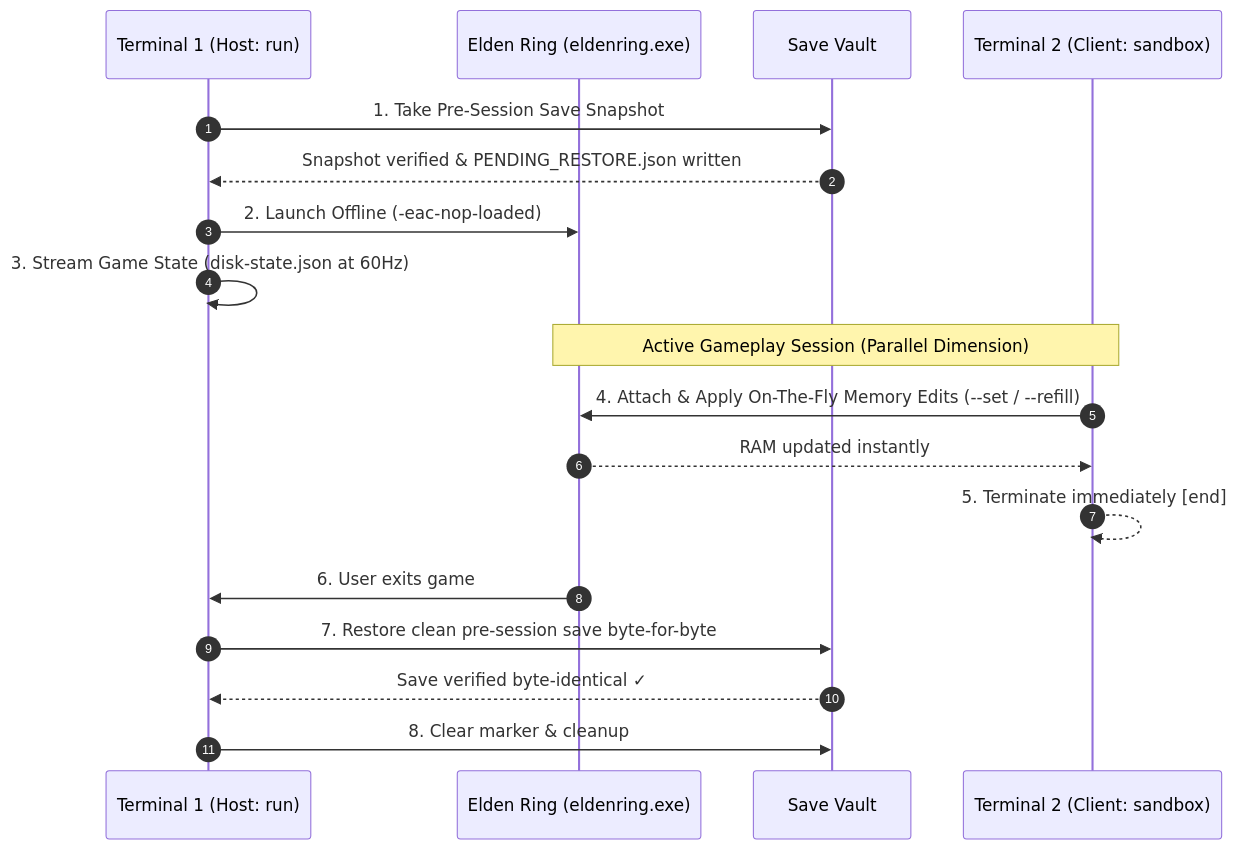
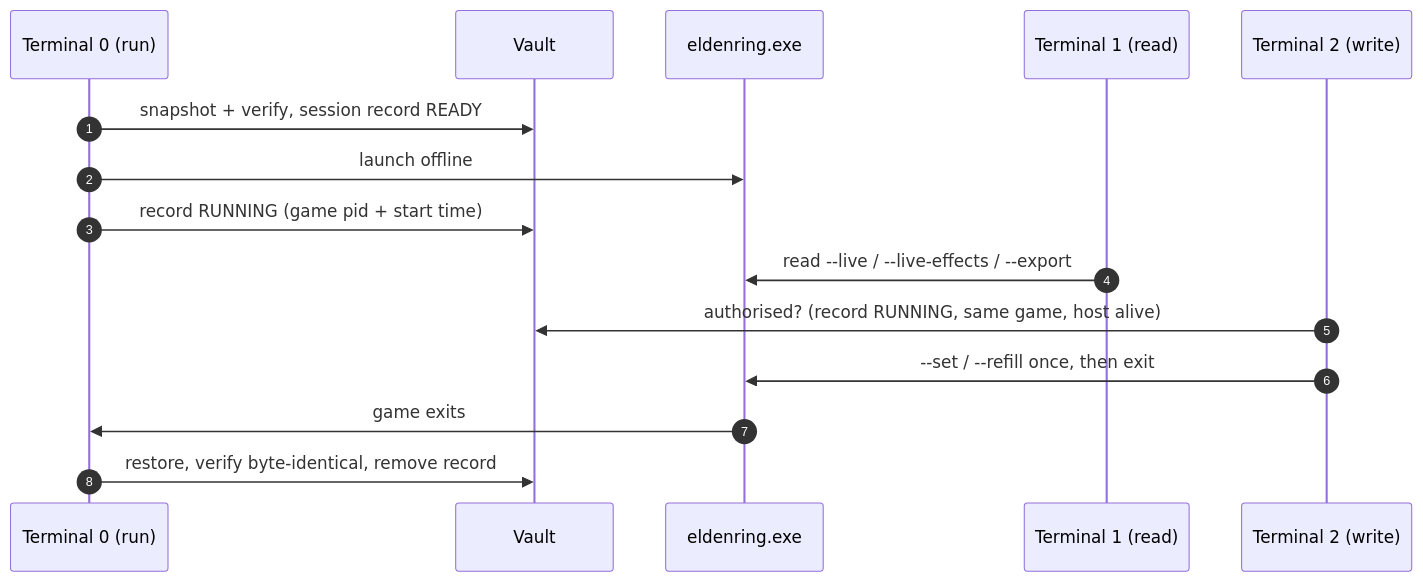
One commit to publicwasant/Elden-Disk changed the diagram in README.md. Above: the diagram before and after it, drawn with Mermaid. The commit also changed other lines of this file and 80 other files, not shown here.

````diff
--- a/README.md
+++ b/README.md
@@ -24,23 +25,18 @@
 ```mermaid
 sequenceDiagram
     autonumber
-    participant T1 as Terminal 1 (Host: run)
-    participant Game as Elden Ring (eldenring.exe)
-    participant Vault as Save Vault
-    participant T2 as Terminal 2 (Client: sandbox)
+    participant T0 as Terminal 0 (run)
+    participant V as Vault
+    participant G as eldenring.exe
+    participant T1 as Terminal 1 (read)
+    participant T2 as Terminal 2 (write)
 
-    T1->>Vault: 1. Take Pre-Session Save Snapshot
-    Vault-->>T1: Snapshot verified & PENDING_RESTORE.json written
-    T1->>Game: 2. Launch Offline (-eac-nop-loaded)
-    T1->>T1: 3. Stream Game State (disk-state.json at 60Hz)
-    
-    note over Game,T2: Active Gameplay Session (Parallel Dimension)
-    T2->>Game: 4. Attach & Apply On-The-Fly Memory Edits (--set / --refill)
-    Game-->>T2: RAM updated instantly
-    T2-->>T2: 5. Terminate immediately [end]
-
-    Game->>T1: 6. User exits game
-    T1->>Vault: 7. Restore clean pre-session save byte-for-byte
-    Vault-->>T1: Save verified byte-identical ✓
-    T1->>Vault: 8. Clear marker & cleanup
+    T0->>V: snapshot + verify, session record READY
+    T0->>G: launch offline
+    T0->>V: record RUNNING (game pid + start time)
+    T1->>G: read --live / --live-effects / --export
+    T2->>V: authorised? (record RUNNING, same game, host alive)
+    T2->>G: --set / --refill once, then exit
+    G->>T0: game exits
+    T0->>V: restore, verify byte-identical, remove record
 ```
````
